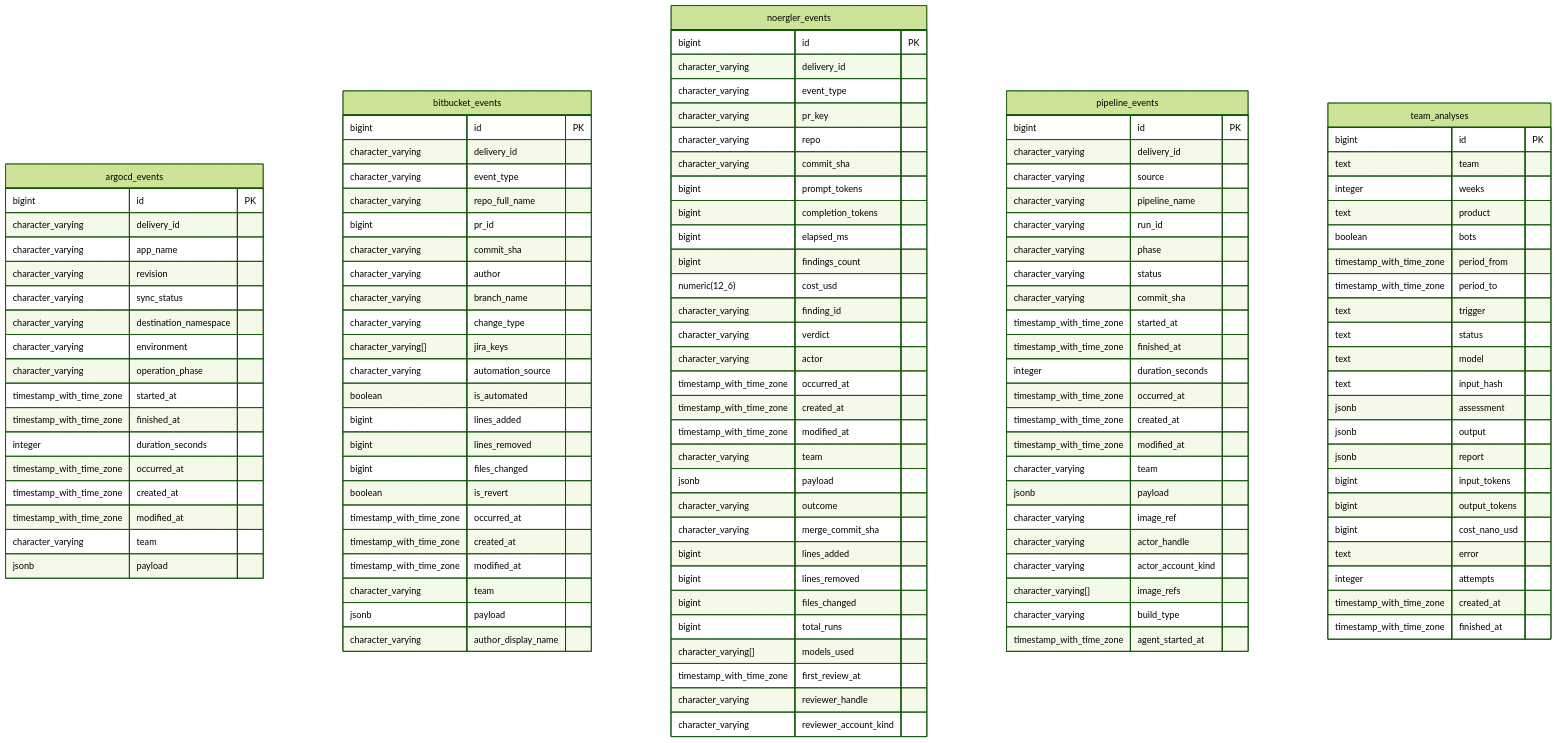
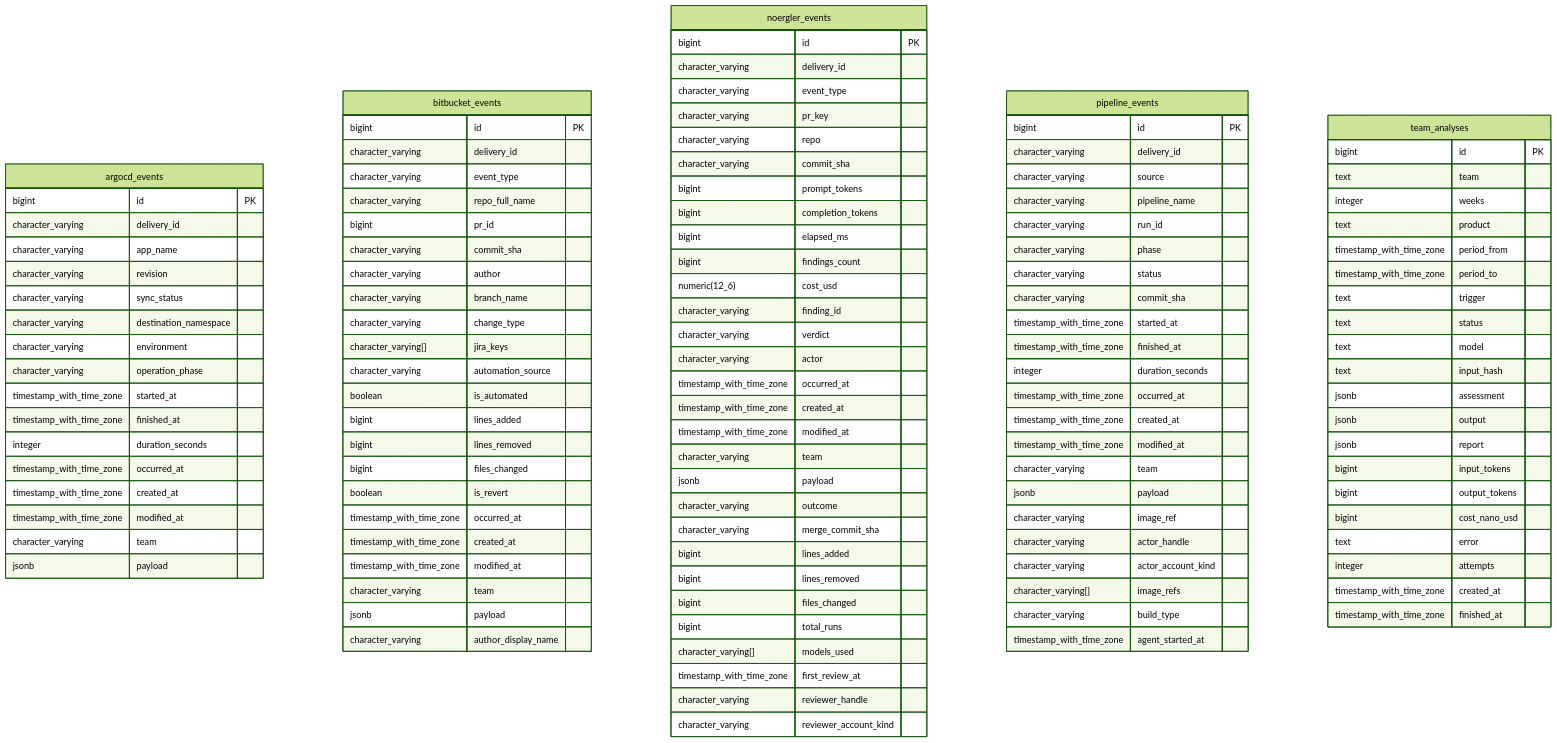
The diagram in docs/schema.md (trick77/riptide), drawn with Mermaid (forest theme) before and after one commit. The commit also changed other lines of this file and 36 other files, not shown here.

```diff
--- a/docs/schema.md
+++ b/docs/schema.md
@@ -317,7 +316,6 @@
         text team
         integer weeks
         text product
-        boolean bots
         timestamp_with_time_zone period_from
         timestamp_with_time_zone period_to
         text trigger
```
